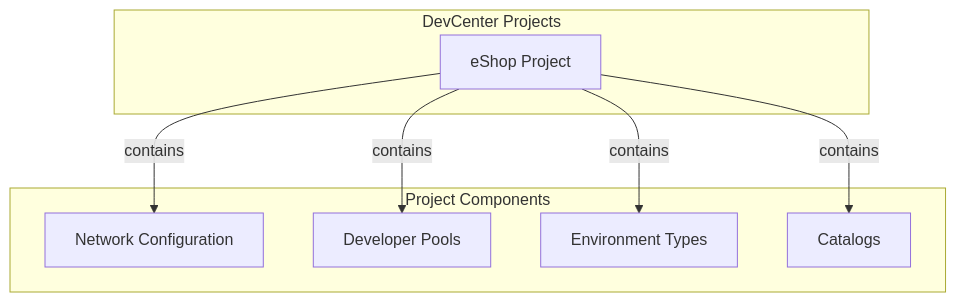
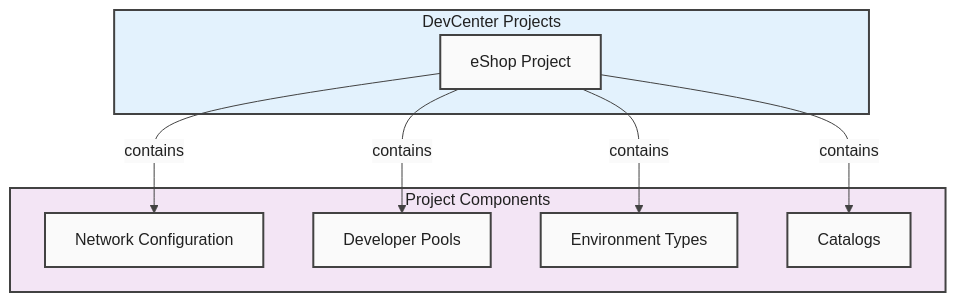
The ninth of 11 diagrams in docs/architecture/Business.md (Evilazaro/DevExp-DevBox), drawn with Mermaid before and after one commit. The commit also changed other lines of this file, not shown here.

Commit message:
docs: enhance Business Architecture diagrams with improved styling and clarity

````diff
--- a/docs/architecture/Business.md
+++ b/docs/architecture/Business.md
@@ -1033,16 +1086,27 @@
 ```mermaid
-graph TB
-    subgraph "DevCenter Projects"
+%%{init: {'theme': 'base', 'themeVariables': { 'primaryColor': '#FAFAFA', 'primaryBorderColor': '#424242', 'primaryTextColor': '#212121', 'lineColor': '#424242'}}}%%
+flowchart TB
+    %% Style Definitions
+    classDef default fill:#FAFAFA,stroke:#424242,stroke-width:2px,color:#212121
+    classDef level1 fill:#E3F2FD,stroke:#424242,stroke-width:2px,color:#212121
+    classDef level2 fill:#F3E5F5,stroke:#424242,stroke-width:2px,color:#212121
+
+    subgraph DCPROJ["DevCenter Projects"]
         PRJ1["eShop Project"]
     end
-    subgraph "Project Components"
+
+    subgraph COMP["Project Components"]
         C1["Network Configuration"]
         C2["Developer Pools"]
         C3["Environment Types"]
         C4["Catalogs"]
     end
+
     PRJ1 -->|"contains"| C1
     PRJ1 -->|"contains"| C2
     PRJ1 -->|"contains"| C3
     PRJ1 -->|"contains"| C4
+
+    class DCPROJ level1
+    class COMP level2
 ```
````
